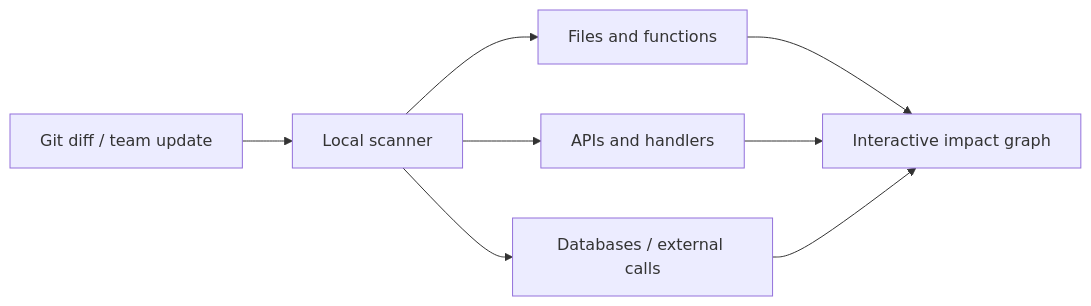
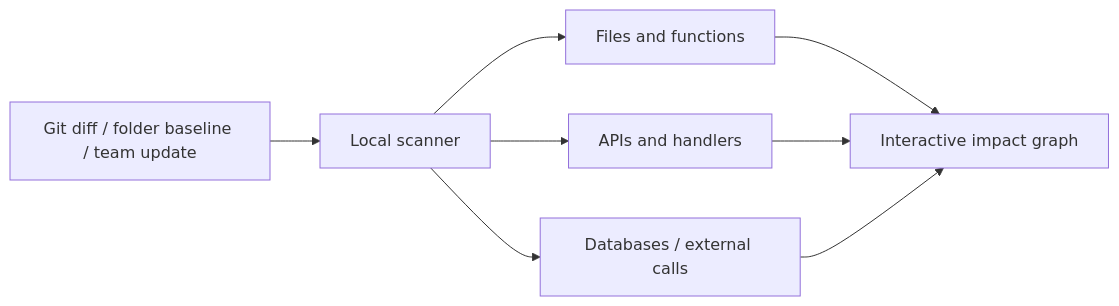
One commit to soil0119/Where-am-i changed the diagram in README.ko.md. Above: the diagram before and after it, drawn with Mermaid. The commit also changed other lines of this file and 9 other files, not shown here.

First line of the commit message:
Support local folder change tracking without GitHub (#28)

````diff
--- a/README.ko.md
+++ b/README.ko.md
@@ -29,10 +29,10 @@
 ```mermaid
 flowchart LR
-  A[Git diff / team update] --> B[Local scanner]
+  A[Git diff / folder baseline / team update] --> B[Local scanner]
   B --> C[Files and functions]
   B --> D[APIs and handlers]
   B --> E[Databases / external calls]
   C --> F[Interactive impact graph]
   D --> F
   E --> F
 ```
````
